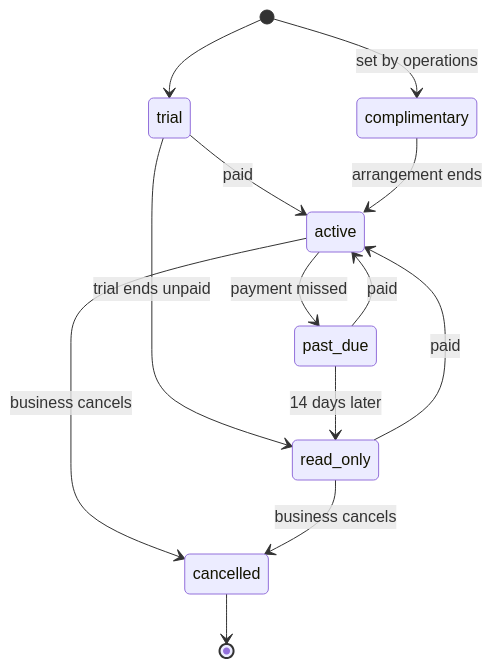
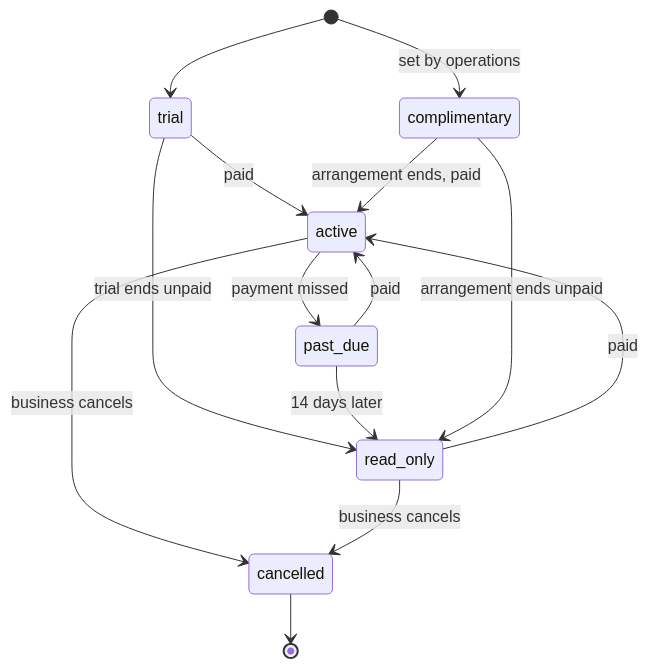
The diagram in docs/engineering/decisions/0047-sign-up-plans-and-billing.md (signboard-works/signboard), drawn with Mermaid before and after one commit. The commit also changed other lines of this file and 4 other files, not shown here.

````diff
--- a/docs/engineering/decisions/0047-sign-up-plans-and-billing.md
+++ b/docs/engineering/decisions/0047-sign-up-plans-and-billing.md
@@ -64,15 +64,16 @@
 ```mermaid
 stateDiagram-v2
     [*] --> trial
     [*] --> complimentary: set by operations
     trial --> active: paid
     trial --> read_only: trial ends unpaid
     active --> past_due: payment missed
     past_due --> active: paid
     past_due --> read_only: 14 days later
     read_only --> active: paid
     active --> cancelled: business cancels
     read_only --> cancelled: business cancels
-    complimentary --> active: arrangement ends
+    complimentary --> active: arrangement ends, paid
+    complimentary --> read_only: arrangement ends unpaid
     cancelled --> [*]
 ```
````
